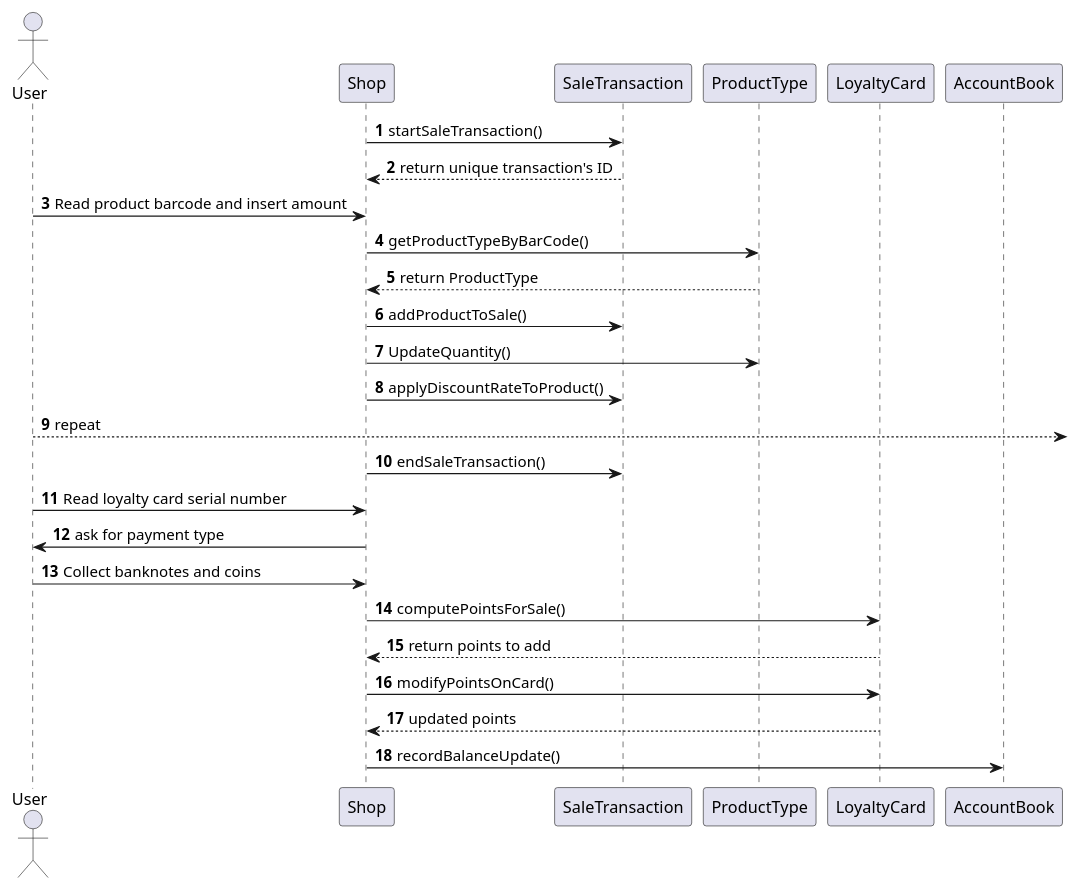
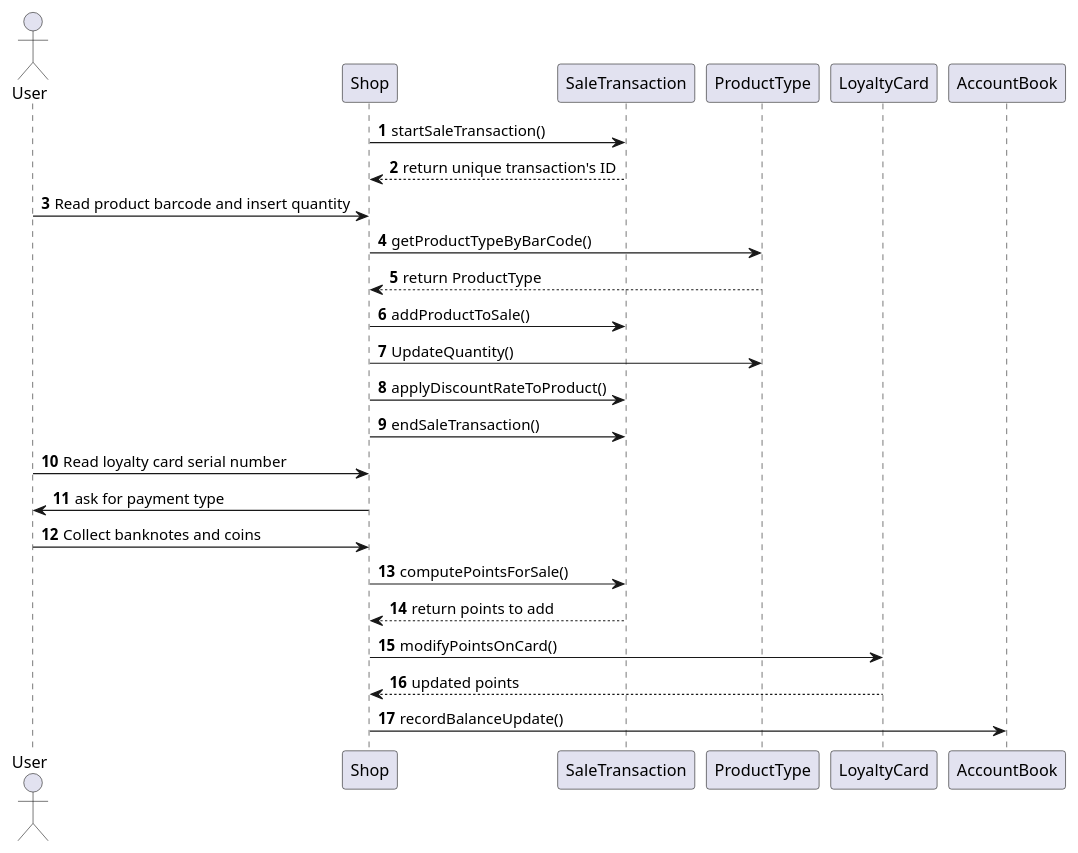
One commit to b3xul/ezshop changed diagram 15 of 17 in Deliverables/DesignDocument.md. Above: the diagram before and after it, drawn with PlantUML. The commit also changed other lines of this file, not shown here.

Commit message:
updated sequences

````diff
--- a/Deliverables/DesignDocument.md
+++ b/Deliverables/DesignDocument.md
@@ -535,32 +519,31 @@
 ```plantuml
 @startuml
 
 actor User
 participant Shop
 participant SaleTransaction
 participant ProductType
 participant LoyaltyCard
 participant AccountBook
 
 autonumber
 Shop -> SaleTransaction : startSaleTransaction()
 SaleTransaction --> Shop: return unique transaction's ID
-User -> Shop: Read product barcode and insert amount
+User -> Shop: Read product barcode and insert quantity
 Shop -> ProductType : getProductTypeByBarCode()
 ProductType --> Shop: return ProductType
 Shop -> SaleTransaction : addProductToSale()
 Shop -> ProductType : UpdateQuantity()
 Shop -> SaleTransaction : applyDiscountRateToProduct()
-User --> :repeat
 Shop -> SaleTransaction : endSaleTransaction()
 User -> Shop: Read loyalty card serial number
 Shop -> User: ask for payment type
 User -> Shop: Collect banknotes and coins
-Shop -> LoyaltyCard: computePointsForSale()
-LoyaltyCard --> Shop: return points to add
-Shop -> LoyaltyCard : modifyPointsOnCard()
+Shop -> SaleTransaction: computePointsForSale()
+SaleTransaction --> Shop: return points to add
+Shop -> LoyaltyCard: modifyPointsOnCard()
 LoyaltyCard --> Shop: updated points
 Shop -> AccountBook: recordBalanceUpdate()
 
 @enduml
 ```
````
